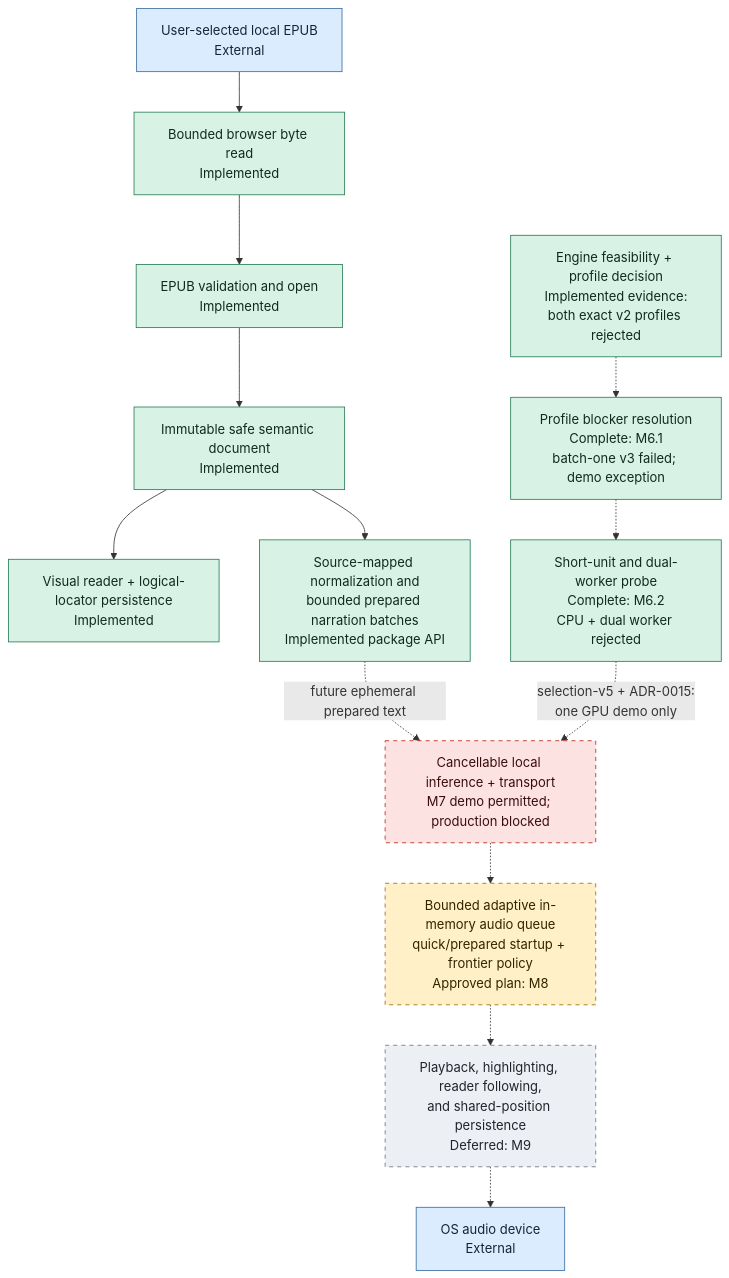
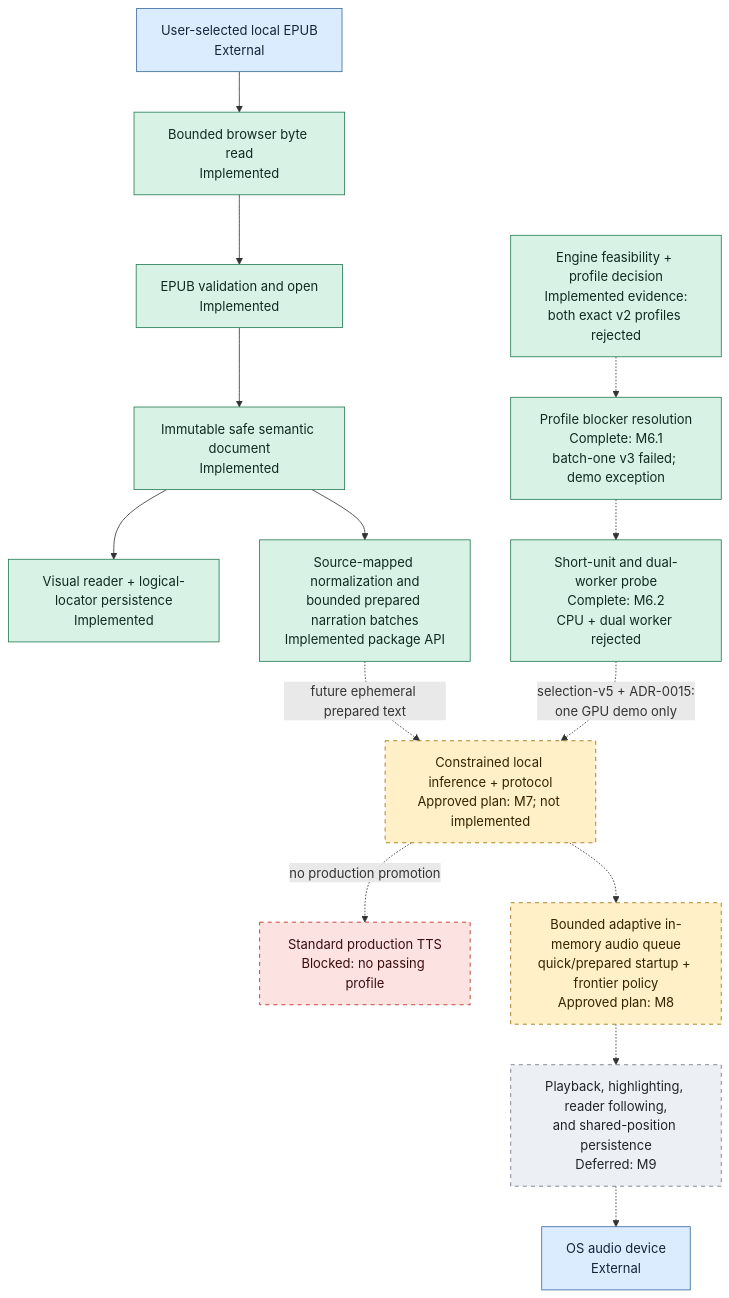
The second of 2 diagrams in docs/architecture/system-diagram.md (mmjosedaniel/voxleaf), drawn with Mermaid before and after one commit. The commit also changed other lines of this file and 13 other files, not shown here.

Commit message:
docs: plan local TTS service milestone (#113)

````diff
--- a/docs/architecture/system-diagram.md
+++ b/docs/architecture/system-diagram.md
@@ -107,33 +110,35 @@
 ```mermaid
 flowchart TD
     classDef implemented fill:#d9f2e6,stroke:#247a52,color:#102a20
     classDef progress fill:#dcecff,stroke:#356aa0,color:#13253a,stroke-dasharray: 3 3
     classDef planned fill:#fff0c7,stroke:#9a6b00,color:#332400,stroke-dasharray: 5 5
     classDef blocked fill:#fde2e2,stroke:#b42318,color:#3a0d0d,stroke-dasharray: 5 5
     classDef deferred fill:#eceff3,stroke:#667085,color:#20242a,stroke-dasharray: 5 5
     classDef external fill:#dcecff,stroke:#356aa0,color:#13253a
 
     FILE["User-selected local EPUB<br/>External"]:::external
     READ["Bounded browser byte read<br/>Implemented"]:::implemented
     OPEN["EPUB validation and open<br/>Implemented"]:::implemented
     SAFE["Immutable safe semantic document<br/>Implemented"]:::implemented
     VISUAL["Visual reader + logical-locator persistence<br/>Implemented"]:::implemented
     PREP["Source-mapped normalization and<br/>bounded prepared narration batches<br/>Implemented package API"]:::implemented
     PROFILE["Engine feasibility + profile decision<br/>Implemented evidence:<br/>both exact v2 profiles rejected"]:::implemented
     NEXT_PROFILE["Profile blocker resolution<br/>Complete: M6.1<br/>batch-one v3 failed; demo exception"]:::implemented
     BATCH_PROBE["Short-unit and dual-worker probe<br/>Complete: M6.2<br/>CPU + dual worker rejected"]:::implemented
-    INFER["Cancellable local inference + transport<br/>M7 demo permitted; production blocked"]:::blocked
+    INFER["Constrained local inference + protocol<br/>Approved plan: M7; not implemented"]:::planned
+    PROD["Standard production TTS<br/>Blocked: no passing profile"]:::blocked
     BUFFER["Bounded adaptive in-memory audio queue<br/>quick/prepared startup + frontier policy<br/>Approved plan: M8"]:::planned
     FOLLOW["Playback, highlighting, reader following,<br/>and shared-position persistence<br/>Deferred: M9"]:::deferred
     DEVICE["OS audio device<br/>External"]:::external
 
     FILE --> READ --> OPEN --> SAFE --> VISUAL
     SAFE --> PREP
     PREP -.->|"future ephemeral prepared text"| INFER
     PROFILE -.-> NEXT_PROFILE
     NEXT_PROFILE -.-> BATCH_PROBE
     BATCH_PROBE -.->|"selection-v5 + ADR-0015:<br/>one GPU demo only"| INFER
+    INFER -.->|"no production promotion"| PROD
     INFER -.-> BUFFER
     BUFFER -.-> FOLLOW
     FOLLOW -.-> DEVICE
 ```
````
